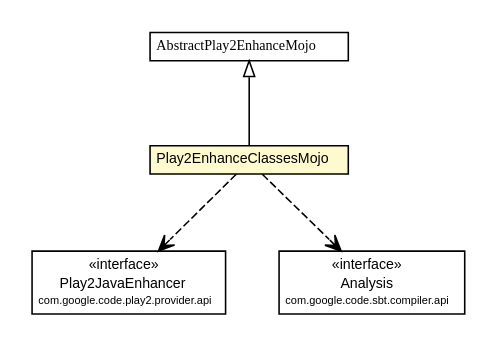
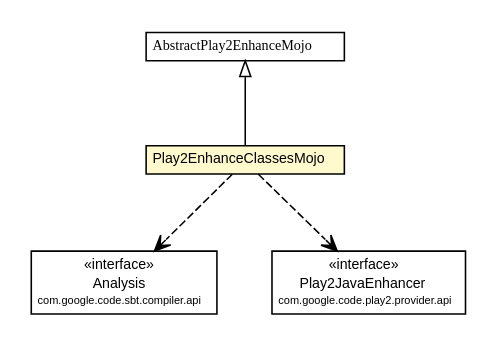
One commit to play2-maven-plugin/play2-maven-plugin.github.io changed the diagram in play2-maven-plugin/1.0.0-beta7-SNAPSHOT/play2-maven-plugin/apidocs/com/google/code/play2/plugin/Play2EnhanceClassesMojo.dot. Above: the diagram before and after it, drawn with Graphviz. The commit also changed 501 other files, not shown here.

```diff
--- a/play2-maven-plugin/1.0.0-beta7-SNAPSHOT/play2-maven-plugin/apidocs/com/google/code/play2/plugin/Play2EnhanceClassesMojo.dot
+++ b/play2-maven-plugin/1.0.0-beta7-SNAPSHOT/play2-maven-plugin/apidocs/com/google/code/play2/plugin/Play2EnhanceClassesMojo.dot
@@ -1,46 +1,46 @@
 #!/usr/local/bin/dot
 #
 # Class diagram 
 # Generated by UMLGraph version R5_6-24-gf6e263 (http://www.umlgraph.org/)
 #
 
 digraph G {
 	edge [fontname="arial",fontsize=10,labelfontname="arial",labelfontsize=10];
 	node [fontname="arial",fontsize=10,shape=plaintext];
 	nodesep=0.25;
 	ranksep=0.5;
 	// com.google.code.play2.plugin.Play2EnhanceClassesMojo
 	c791 [label=<<table title="com.google.code.play2.plugin.Play2EnhanceClassesMojo" border="0" cellborder="1" cellspacing="0" cellpadding="2" port="p" bgcolor="lemonChiffon" href="./Play2EnhanceClassesMojo.html">
 		<tr><td><table border="0" cellspacing="0" cellpadding="1">
 <tr><td align="center" balign="center"> Play2EnhanceClassesMojo </td></tr>
 		</table></td></tr>
 		</table>>, URL="./Play2EnhanceClassesMojo.html", fontname="arial", fontcolor="black", fontsize=9.0];
 	// com.google.code.play2.plugin.AbstractPlay2EnhanceMojo
 	c806 [label=<<table title="com.google.code.play2.plugin.AbstractPlay2EnhanceMojo" border="0" cellborder="1" cellspacing="0" cellpadding="2" port="p" href="./AbstractPlay2EnhanceMojo.html">
 		<tr><td><table border="0" cellspacing="0" cellpadding="1">
 <tr><td align="center" balign="center"><font face="arial italic"> AbstractPlay2EnhanceMojo </font></td></tr>
 		</table></td></tr>
 		</table>>, URL="./AbstractPlay2EnhanceMojo.html", fontname="arial", fontcolor="black", fontsize=9.0];
 	//com.google.code.play2.plugin.Play2EnhanceClassesMojo extends com.google.code.play2.plugin.AbstractPlay2EnhanceMojo
 	c806:p -> c791:p [dir=back,arrowtail=empty];
+	// com.google.code.play2.plugin.Play2EnhanceClassesMojo DEPEND com.google.code.sbt.compiler.api.Analysis
+	c791:p -> c812:p [taillabel="", label="", headlabel="", fontname="arial", fontcolor="black", fontsize=10.0, color="black", arrowhead=open, style=dashed];
 	// com.google.code.play2.plugin.Play2EnhanceClassesMojo DEPEND com.google.code.play2.provider.api.Play2JavaEnhancer
-	c791:p -> c812:p [taillabel="", label="", headlabel="", fontname="arial", fontcolor="black", fontsize=10.0, color="black", arrowhead=open, style=dashed];
-	// com.google.code.play2.plugin.Play2EnhanceClassesMojo DEPEND com.google.code.sbt.compiler.api.Analysis
 	c791:p -> c813:p [taillabel="", label="", headlabel="", fontname="arial", fontcolor="black", fontsize=10.0, color="black", arrowhead=open, style=dashed];
 	// com.google.code.play2.provider.api.Play2JavaEnhancer
-	c812 [label=<<table title="com.google.code.play2.provider.api.Play2JavaEnhancer" border="0" cellborder="1" cellspacing="0" cellpadding="2" port="p">
+	c813 [label=<<table title="com.google.code.play2.provider.api.Play2JavaEnhancer" border="0" cellborder="1" cellspacing="0" cellpadding="2" port="p">
 		<tr><td><table border="0" cellspacing="0" cellpadding="1">
 <tr><td align="center" balign="center"> &#171;interface&#187; </td></tr>
 <tr><td align="center" balign="center"> Play2JavaEnhancer </td></tr>
 <tr><td align="center" balign="center"><font point-size="7.0"> com.google.code.play2.provider.api </font></td></tr>
 		</table></td></tr>
 		</table>>, URL="null", fontname="arial", fontcolor="black", fontsize=9.0];
 	// com.google.code.sbt.compiler.api.Analysis
-	c813 [label=<<table title="com.google.code.sbt.compiler.api.Analysis" border="0" cellborder="1" cellspacing="0" cellpadding="2" port="p" href="http://sbt-compiler-maven-plugin.github.io/sbt-compiler-maven-plugin/1.0.0-rc1/sbt-compiler-api/apidocs/com/google/code/sbt/compiler/api/Analysis.html">
+	c812 [label=<<table title="com.google.code.sbt.compiler.api.Analysis" border="0" cellborder="1" cellspacing="0" cellpadding="2" port="p" href="http://sbt-compiler-maven-plugin.github.io/sbt-compiler-maven-plugin/1.0.0-rc1/sbt-compiler-api/apidocs/com/google/code/sbt/compiler/api/Analysis.html">
 		<tr><td><table border="0" cellspacing="0" cellpadding="1">
 <tr><td align="center" balign="center"> &#171;interface&#187; </td></tr>
 <tr><td align="center" balign="center"> Analysis </td></tr>
 <tr><td align="center" balign="center"><font point-size="7.0"> com.google.code.sbt.compiler.api </font></td></tr>
 		</table></td></tr>
 		</table>>, URL="http://sbt-compiler-maven-plugin.github.io/sbt-compiler-maven-plugin/1.0.0-rc1/sbt-compiler-api/apidocs/com/google/code/sbt/compiler/api/Analysis.html", fontname="arial", fontcolor="black", fontsize=9.0];
 }
```
